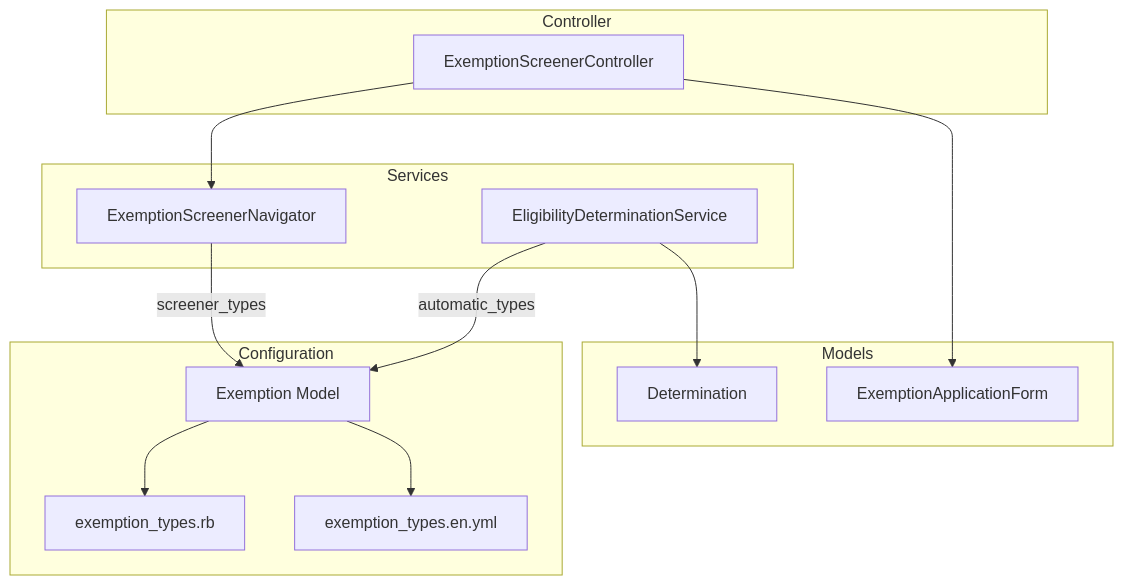
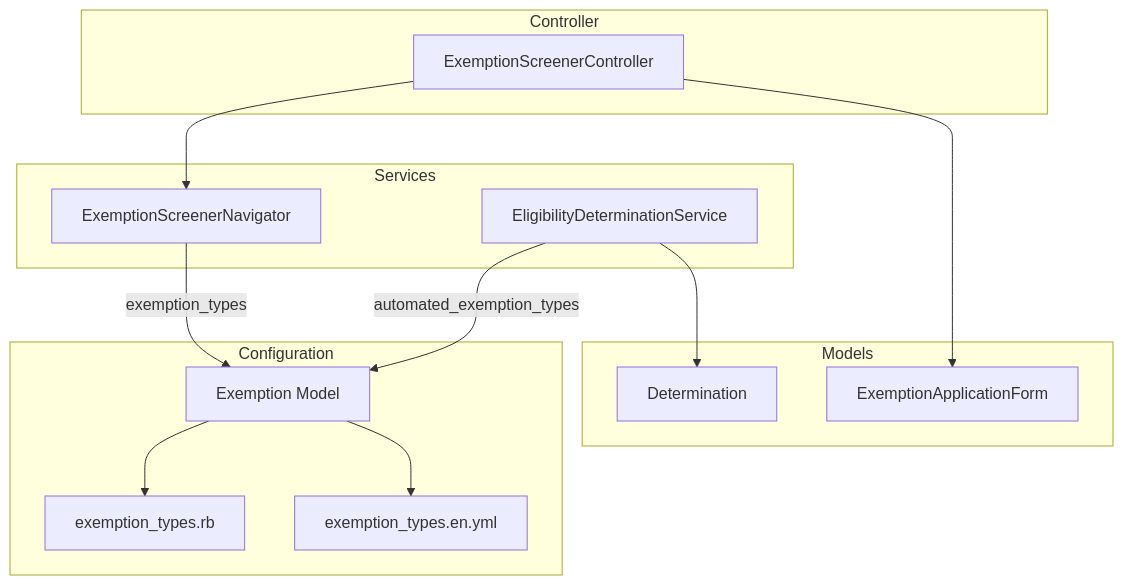
One commit to navapbc/oscer changed the diagram in docs/architecture/exemption-screener-v2/additional-exemptions-proposal.md. Above: the diagram before and after it, drawn with Mermaid. The commit also changed other lines of this file, not shown here.

````diff
--- a/docs/architecture/exemption-screener-v2/additional-exemptions-proposal.md
+++ b/docs/architecture/exemption-screener-v2/additional-exemptions-proposal.md
@@ -171,30 +133,30 @@
 ```mermaid
 flowchart TB
     subgraph controller [Controller]
         ESC[ExemptionScreenerController]
     end
 
     subgraph service [Services]
         ESN[ExemptionScreenerNavigator]
         EDS[EligibilityDeterminationService]
     end
 
     subgraph config [Configuration]
         EM[Exemption Model]
         Init[exemption_types.rb]
         I18n[exemption_types.en.yml]
     end
 
     subgraph model [Models]
         EAF[ExemptionApplicationForm]
         DET[Determination]
     end
 
     ESC --> ESN
-    ESN -->|screener_types| EM
-    EDS -->|automatic_types| EM
+    ESN -->|exemption_types| EM
+    EDS -->|automated_exemption_types| EM
     EDS --> DET
     ESC --> EAF
     EM --> Init
     EM --> I18n
 ```
````
